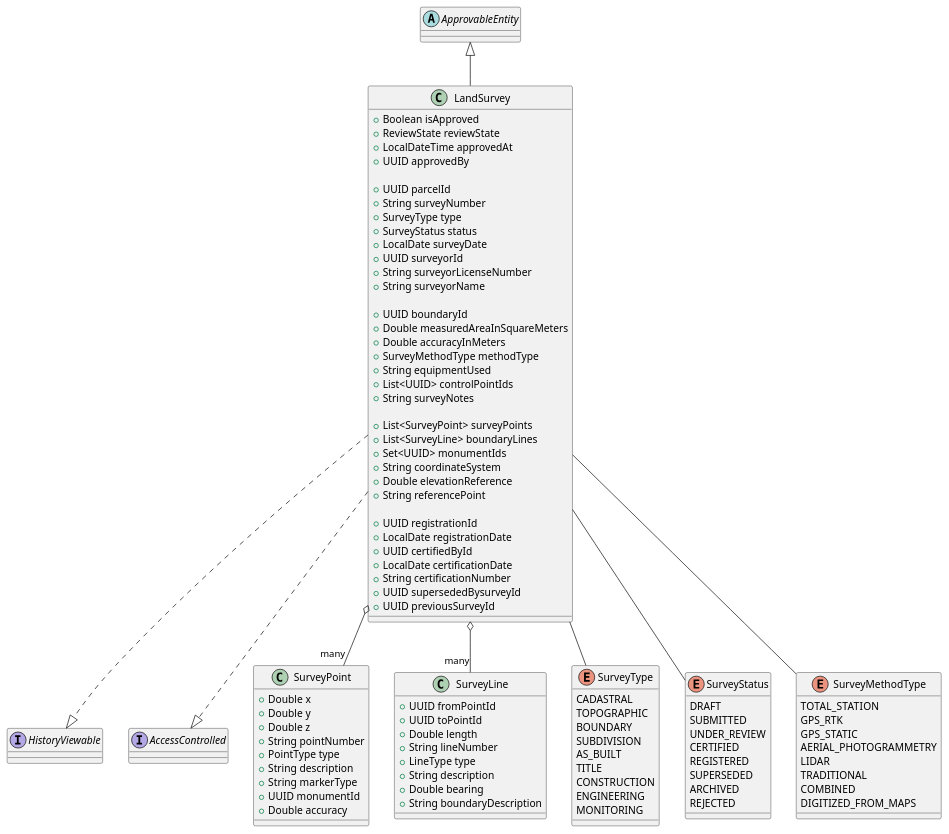
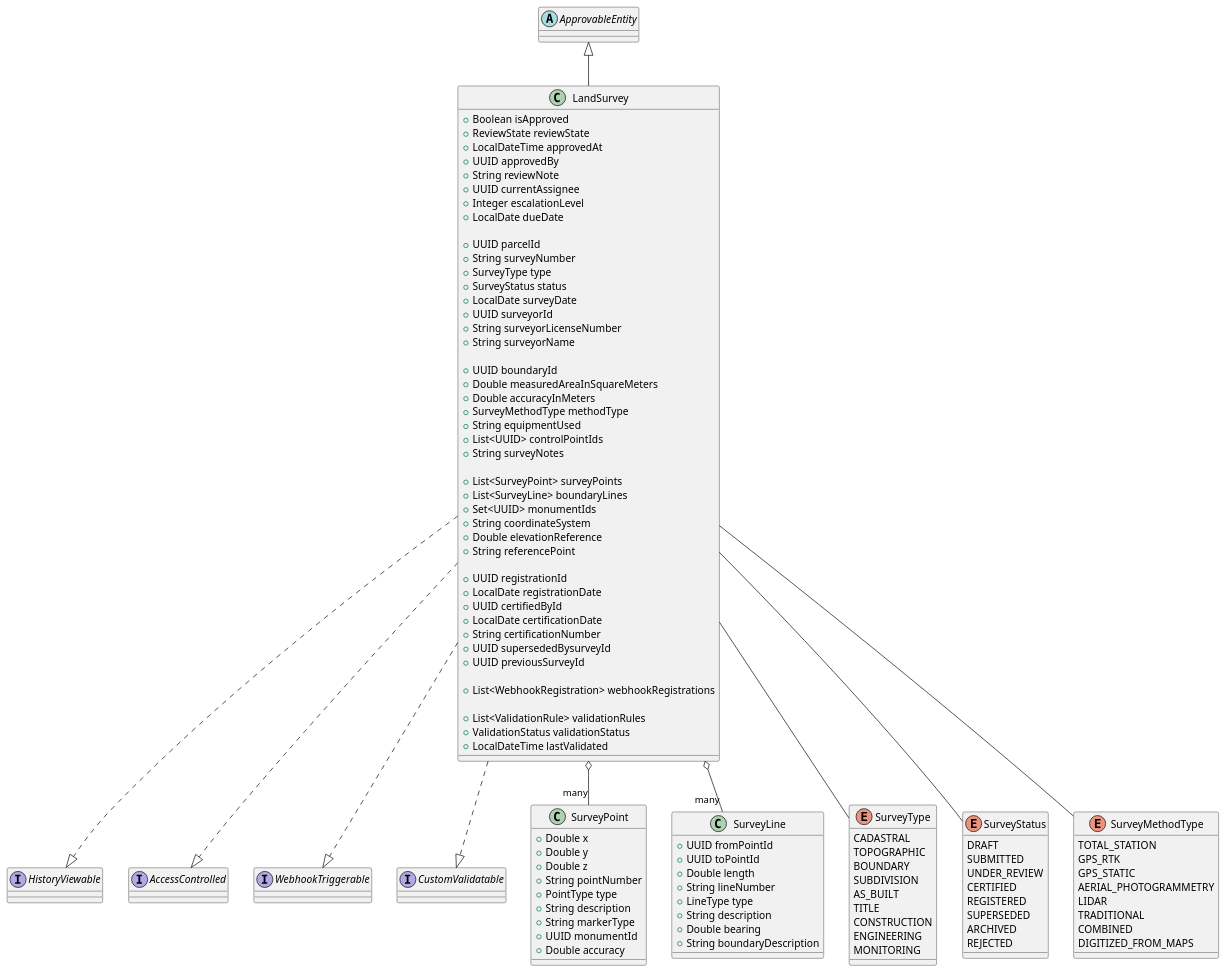
The first of 17 diagrams in src/docs/asciidoc/design/concrete-data-model/land/land-survey.adoc (fernsky/likhupike-backend-dpms), drawn with PlantUML before and after one commit. The commit also changed other lines of this file and 1 other file, not shown here.

Commit message:
feat(docs): enhance LandTransaction model with workflow, batch processing, and validation capabilities

```diff
--- a/src/docs/asciidoc/design/concrete-data-model/land/land-survey.adoc
+++ b/src/docs/asciidoc/design/concrete-data-model/land/land-survey.adoc
@@ -11,6 +11,8 @@
 abstract class ApprovableEntity
 interface HistoryViewable
 interface AccessControlled
+interface WebhookTriggerable
+interface CustomValidatable
 
 ' LandSurvey implementation
 class LandSurvey {
@@ -19,6 +21,10 @@
   +ReviewState reviewState
   +LocalDateTime approvedAt
   +UUID approvedBy
+  +String reviewNote
+  +UUID currentAssignee
+  +Integer escalationLevel
+  +LocalDate dueDate
   
   ' LandSurvey-specific
   +UUID parcelId
@@ -55,6 +61,14 @@
   +String certificationNumber
   +UUID supersededBysurveyId
   +UUID previousSurveyId
+  
+  ' WebhookTriggerable data
+  +List<WebhookRegistration> webhookRegistrations
+  
+  ' CustomValidatable data
+  +List<ValidationRule> validationRules
+  +ValidationStatus validationStatus
+  +LocalDateTime lastValidated
   
   ' Implementation methods...
 }
@@ -124,6 +138,8 @@
 ' Interface implementation
 LandSurvey ..|> HistoryViewable
 LandSurvey ..|> AccessControlled
+LandSurvey ..|> WebhookTriggerable
+LandSurvey ..|> CustomValidatable
 
 ' Class relationships
 LandSurvey o-- "many" SurveyPoint
```
